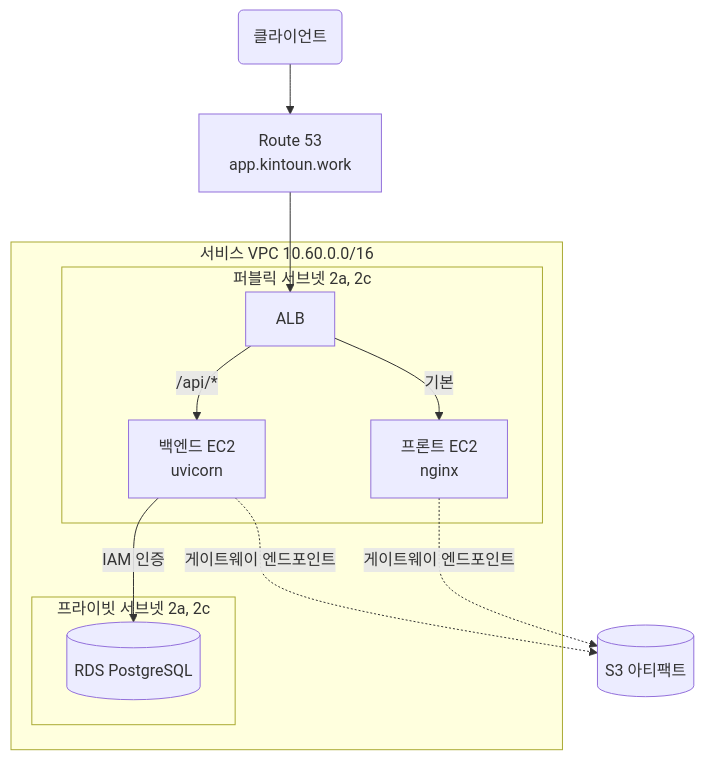
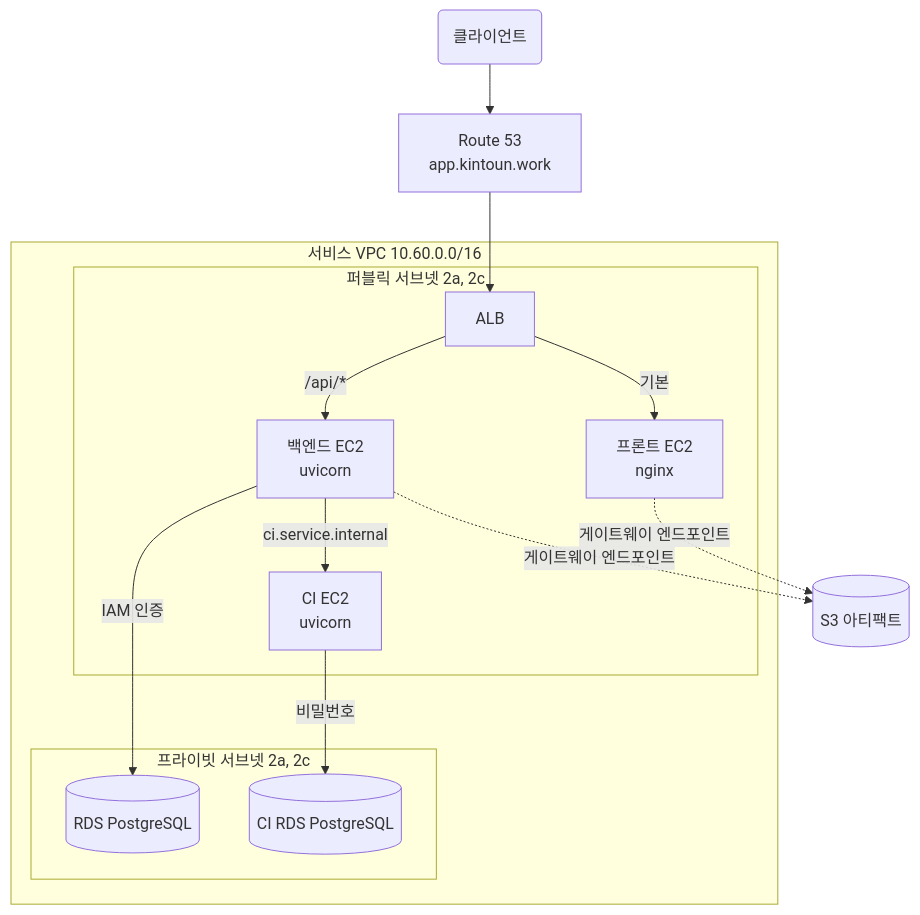
The second of 2 diagrams in docs/modules/service.md (kintoun-secops/kintoun-infra), drawn with Mermaid before and after one commit. The commit also changed other lines of this file and 11 other files, not shown here.

````diff
--- a/docs/modules/service.md
+++ b/docs/modules/service.md
@@ -33,23 +35,27 @@
 ```mermaid
 flowchart TB
     CLIENT("클라이언트")
     R53["Route 53<br/>app.kintoun.work"]
     subgraph VPC["서비스 VPC 10.60.0.0/16"]
         subgraph PUB["퍼블릭 서브넷 2a, 2c"]
             ALB["ALB"]
             FE["프론트 EC2<br/>nginx"]
             BE["백엔드 EC2<br/>uvicorn"]
+            CI["CI EC2<br/>uvicorn"]
         end
         subgraph PRI["프라이빗 서브넷 2a, 2c"]
             RDS[("RDS PostgreSQL")]
+            CIRDS[("CI RDS PostgreSQL")]
         end
     end
     S3[("S3 아티팩트")]
 
     CLIENT --> R53 --> ALB
     ALB -->|"기본"| FE
     ALB -->|"/api/*"| BE
+    BE -->|"ci.service.internal"| CI
     BE -->|"IAM 인증"| RDS
+    CI -->|"비밀번호"| CIRDS
     FE -.->|"게이트웨이 엔드포인트"| S3
     BE -.->|"게이트웨이 엔드포인트"| S3
 ```
````
